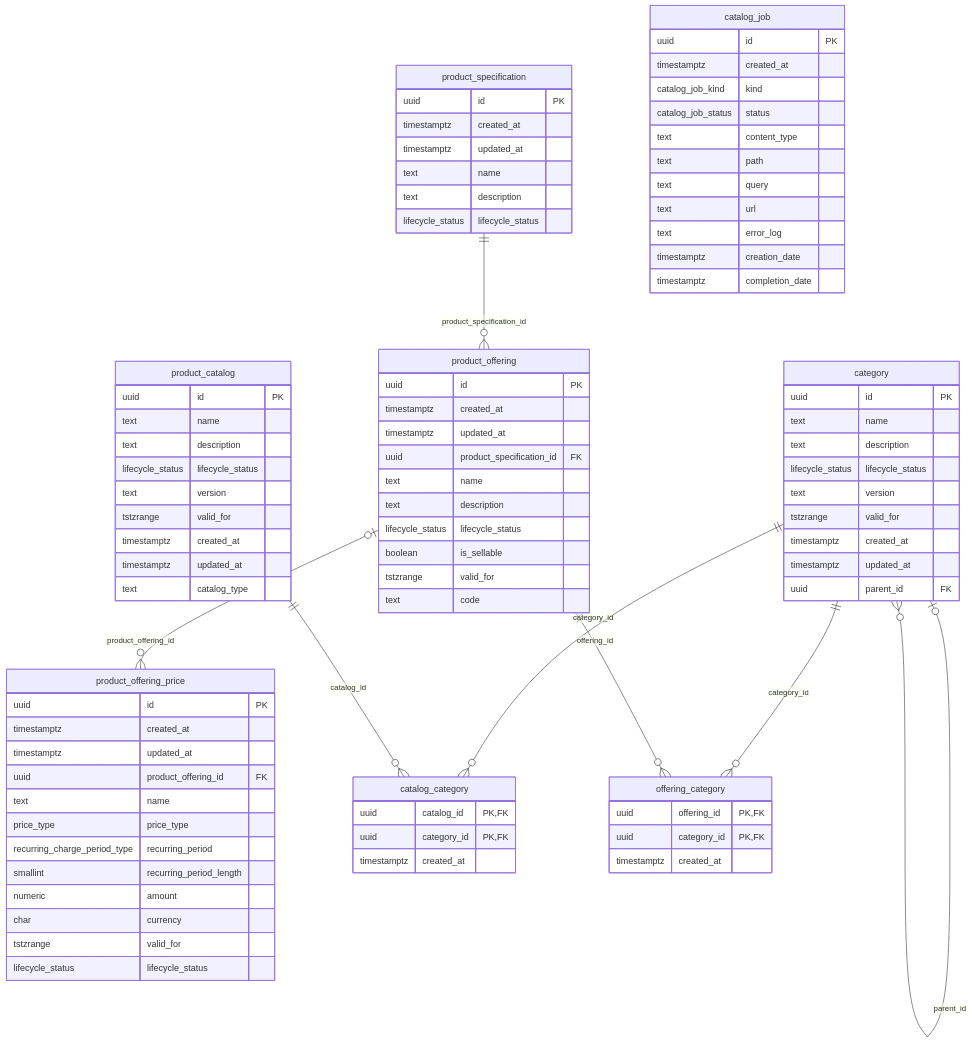
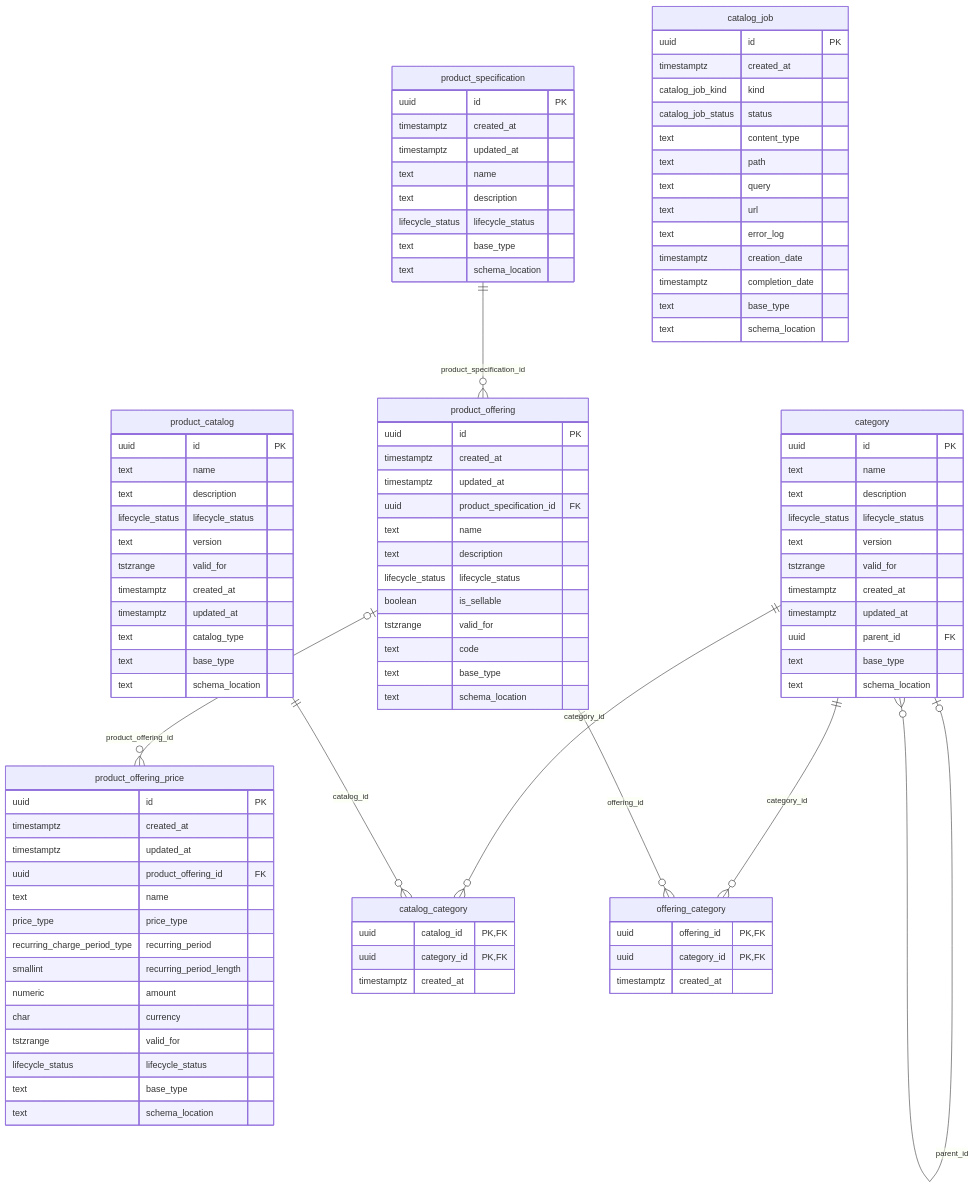
The third of 8 diagrams in docs/db/README.md (altharmz/bss), drawn with Mermaid before and after one commit. The commit also changed other lines of this file and 68 other files, not shown here.

```diff
--- a/docs/db/README.md
+++ b/docs/db/README.md
@@ -247,6 +255,8 @@
     text name
     text description
     lifecycle_status lifecycle_status
+    text base_type
+    text schema_location
   }
   product_offering {
     uuid id PK
@@ -259,6 +269,8 @@
     boolean is_sellable
     tstzrange valid_for
     text code
+    text base_type
+    text schema_location
   }
   product_offering_price {
     uuid id PK
@@ -273,6 +285,8 @@
     char currency
     tstzrange valid_for
     lifecycle_status lifecycle_status
+    text base_type
+    text schema_location
   }
   category {
     uuid id PK
@@ -284,6 +298,8 @@
     timestamptz created_at
     timestamptz updated_at
     uuid parent_id FK
+    text base_type
+    text schema_location
   }
   product_catalog {
     uuid id PK
@@ -295,6 +311,8 @@
     timestamptz created_at
     timestamptz updated_at
     text catalog_type
+    text base_type
+    text schema_location
   }
   catalog_category {
     uuid catalog_id PK,FK
@@ -318,6 +336,8 @@
     text error_log
     timestamptz creation_date
     timestamptz completion_date
+    text base_type
+    text schema_location
   }
   category |o--o{ category : "parent_id"
   category ||--o{ catalog_category : "category_id"
```
